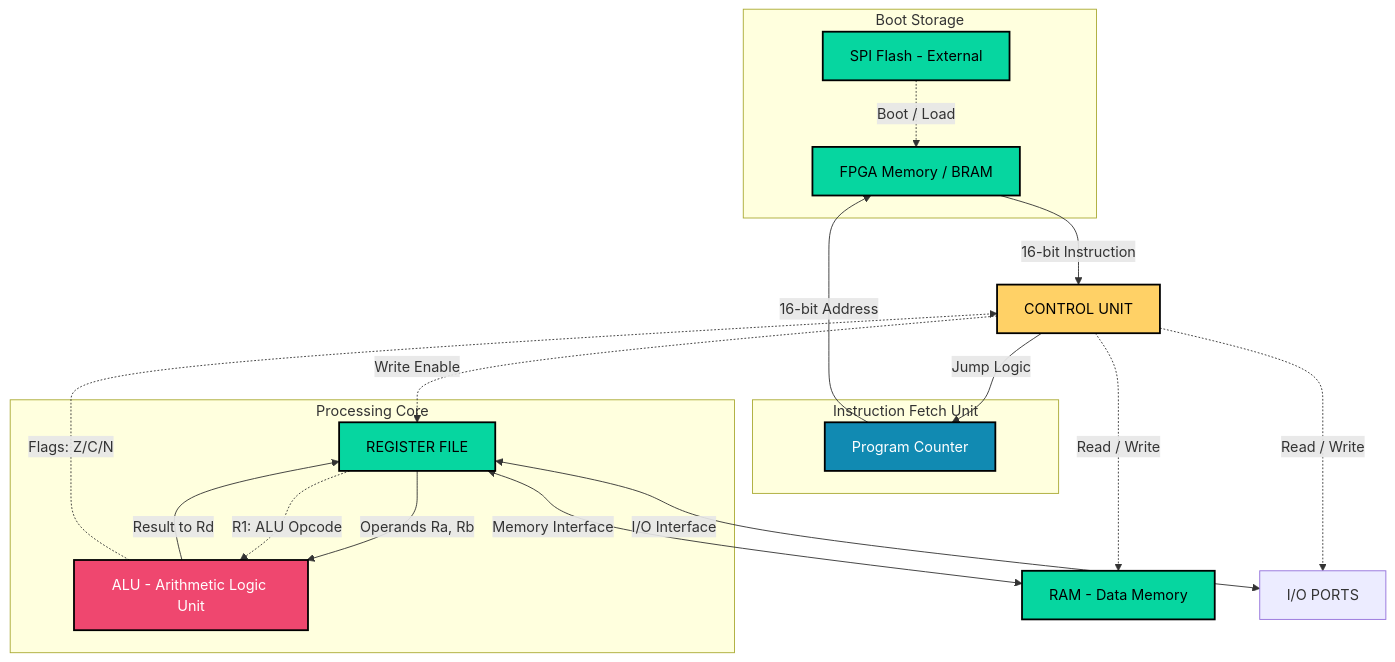
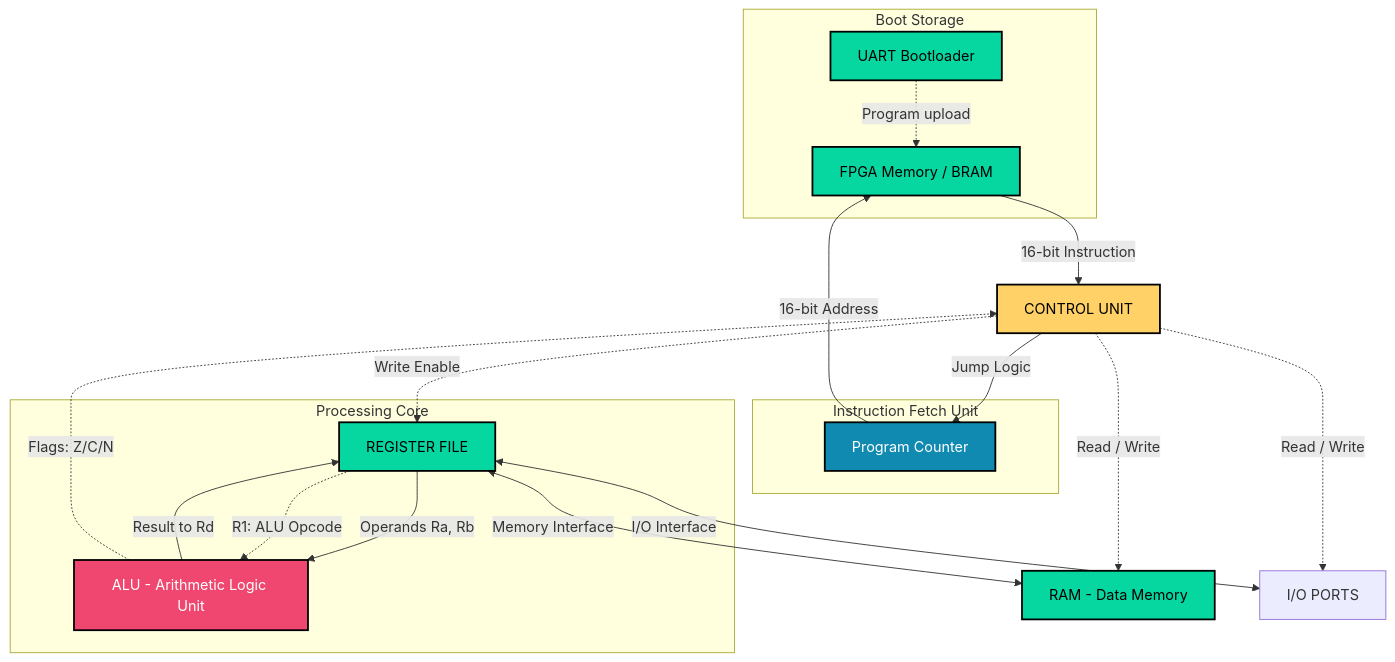
Before and after one commit to krivanikm/mnpk01-soc: the diagram in README.md, drawn with Mermaid. The commit also changed other lines of this file and 6 other files, not shown here.

Commit message:
docs: HLT and assembler done, UART bootloader instead of SPI flash

````diff
--- a/README.md
+++ b/README.md
@@ -20,44 +20,44 @@
 ```mermaid
 graph TD
     %% Global Styling
     classDef control fill:#ffd166,stroke:#000,stroke-width:2px,color:#000;
     classDef storage fill:#06d6a0,stroke:#000,stroke-width:2px,color:#000;
     classDef compute fill:#ef476f,stroke:#000,stroke-width:2px,color:#fff;
     classDef routing fill:#118ab2,stroke:#000,stroke-width:2px,color:#fff;
 
     subgraph Boot_Configuration [Boot Storage]
-        FLASH[SPI Flash - External] -.->|Boot / Load| BRAM[FPGA Memory / BRAM]
+        UARTLD[UART Bootloader] -.->|Program upload| BRAM[FPGA Memory / BRAM]
     end
 
     subgraph Instruction_Fetch [Instruction Fetch Unit]
         PC[Program Counter] -->|16-bit Address| BRAM
     end
 
     BRAM -->|16-bit Instruction| CU[CONTROL UNIT]
 
     subgraph Execution_Core [Processing Core]
         REGS[REGISTER FILE]
         ALU[ALU - Arithmetic Logic Unit]
 
         REGS -->|Operands Ra, Rb| ALU
         REGS -.->|R1: ALU Opcode| ALU
         ALU -->|Result to Rd| REGS
     end
 
     %% Control Signals
     CU -->|Jump Logic| PC
     CU -.->|Write Enable| REGS
     ALU -.->|Flags: Z/C/N| CU
 
     %% Peripherals
     REGS <-->|Memory Interface| RAM[RAM - Data Memory]
     REGS <-->|I/O Interface| IO[I/O PORTS]
     CU -.->|Read / Write| RAM
     CU -.->|Read / Write| IO
 
     %% Applying Styles
     class CU control;
-    class FLASH,BRAM,RAM,REGS storage;
+    class UARTLD,BRAM,RAM,REGS storage;
     class ALU compute;
     class PC routing;
 ```
````
